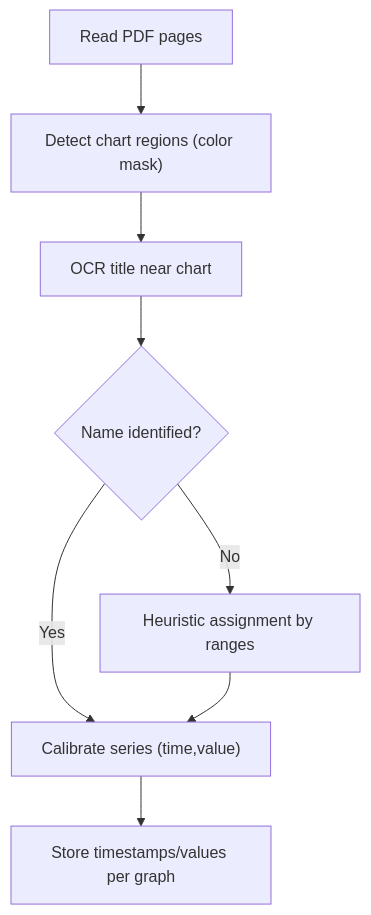
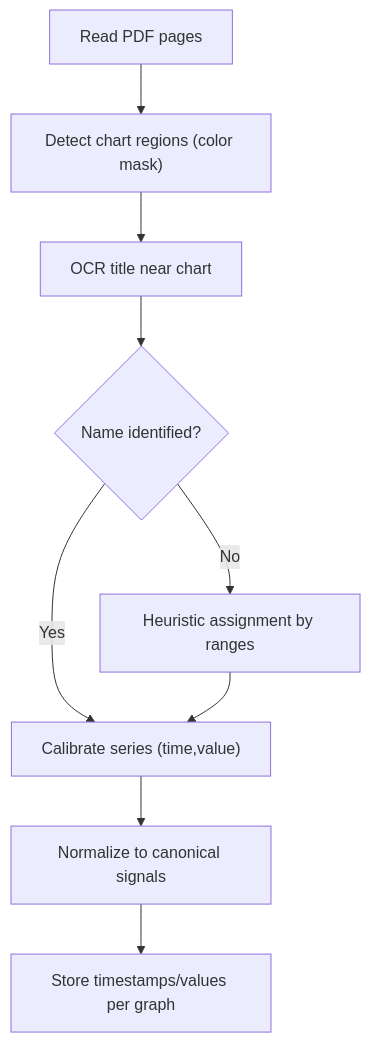
One commit to AgusCatra/Proyecto-titan.v2 changed the sixth of 7 diagrams in .qoder/repowiki/en/content/Desktop Application/Core Workflows and Operations/PDF Processing Workflow.md. Above: the diagram before and after it, drawn with Mermaid. The commit also changed other lines of this file and 36 other files, not shown here.

````diff
--- a/.qoder/repowiki/en/content/Desktop Application/Core Workflows and Operations/PDF Processing Workflow.md
+++ b/.qoder/repowiki/en/content/Desktop Application/Core Workflows and Operations/PDF Processing Workflow.md
@@ -269,10 +313,11 @@
 ```mermaid
 flowchart TD
 ReadPDF["Read PDF pages"] --> DetectCharts["Detect chart regions (color mask)"]
 DetectCharts --> OCRTitle["OCR title near chart"]
 OCRTitle --> NameMap{"Name identified?"}
 NameMap --> |Yes| Calibrate["Calibrate series (time,value)"]
 NameMap --> |No| Fallback["Heuristic assignment by ranges"]
 Fallback --> Calibrate
-Calibrate --> Store["Store timestamps/values per graph"]
+Calibrate --> Normalize["Normalize to canonical signals"]
+Normalize --> Store["Store timestamps/values per graph"]
 ```
````
